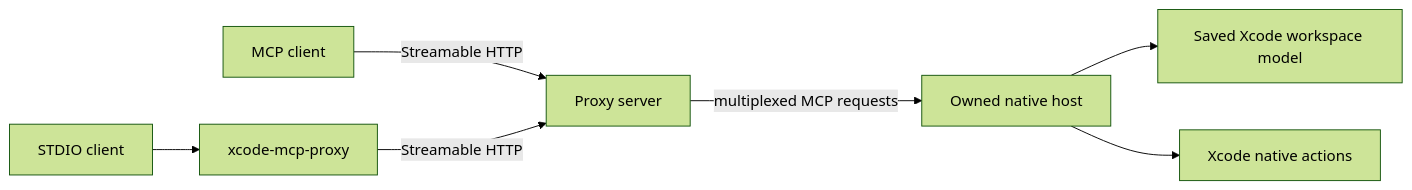
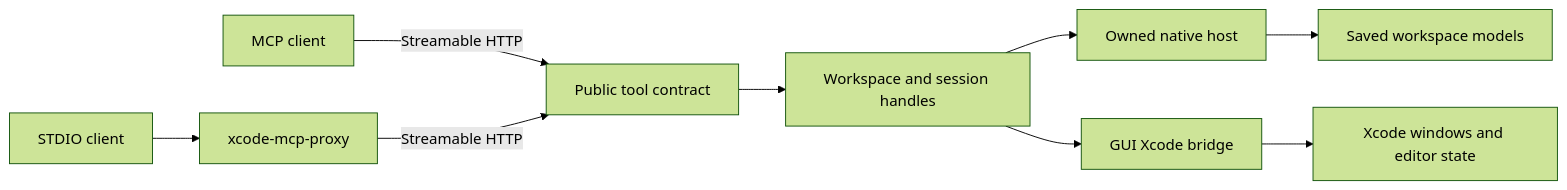
Before and after one commit to lynnswap/XcodeMCPKit: the diagram in Docs/architecture.md, drawn with Mermaid (forest theme). The commit also changed other lines of this file and 57 other files, not shown here.

Commit message:
Unify workspace tools across Xcode hosts

````diff
--- a/Docs/architecture.md
+++ b/Docs/architecture.md
@@ -9,9 +9,11 @@
 ```mermaid
 flowchart LR
-  client["MCP client"] -->|"Streamable HTTP"| proxy["Proxy server"]
+  client["MCP client"] -->|"Streamable HTTP"| proxy["Public tool contract"]
   stdio["STDIO client"] --> adapter["xcode-mcp-proxy"]
   adapter -->|"Streamable HTTP"| proxy
-  proxy -->|"multiplexed MCP requests"| host["Owned native host"]
-  host --> model["Saved Xcode workspace model"]
-  host --> actions["Xcode native actions"]
+  proxy --> handles["Workspace and session handles"]
+  handles --> headless["Owned native host"]
+  handles --> gui["GUI Xcode bridge"]
+  headless --> saved["Saved workspace models"]
+  gui --> windows["Xcode windows and editor state"]
 ```
````
